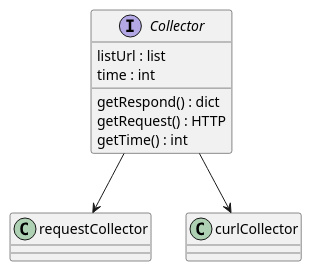
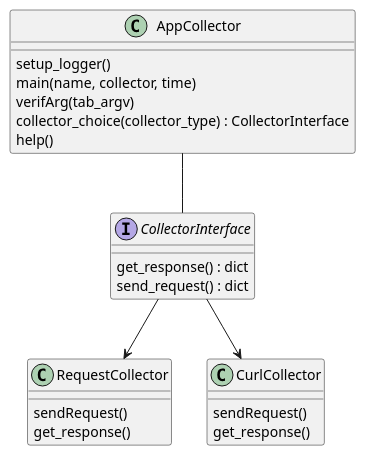
The diagram in diagrams/collector/ClassDiagramCollector.puml (ESIR2-PROJET-KEOLIS/design), drawn with PlantUML before and after one commit.

Commit message:
Update Collector Class Diagram

```diff
--- a/diagrams/collector/ClassDiagramCollector.puml
+++ b/diagrams/collector/ClassDiagramCollector.puml
@@ -1,14 +1,28 @@
 @startuml ClassDiagramCollector
 
-interface Collector {
-    listUrl : list
-    time : int
-    getRespond() : dict
-    getRequest() : HTTP
-    getTime() : int
+interface CollectorInterface {
+    get_response() : dict
+    send_request() : dict
 }
-class requestCollector{}
+class RequestCollector{
+sendRequest()
+get_response()
+}
 
-Collector --> requestCollector
-Collector --> curlCollector
+class CurlCollector{
+sendRequest()
+get_response()
+}
+
+class AppCollector{
+    setup_logger()
+    main(name, collector, time)
+    verifArg(tab_argv)
+    collector_choice(collector_type) : CollectorInterface
+    help()
+}
+
+CollectorInterface --> RequestCollector
+CollectorInterface --> CurlCollector
+AppCollector -- CollectorInterface
 @enduml
```
